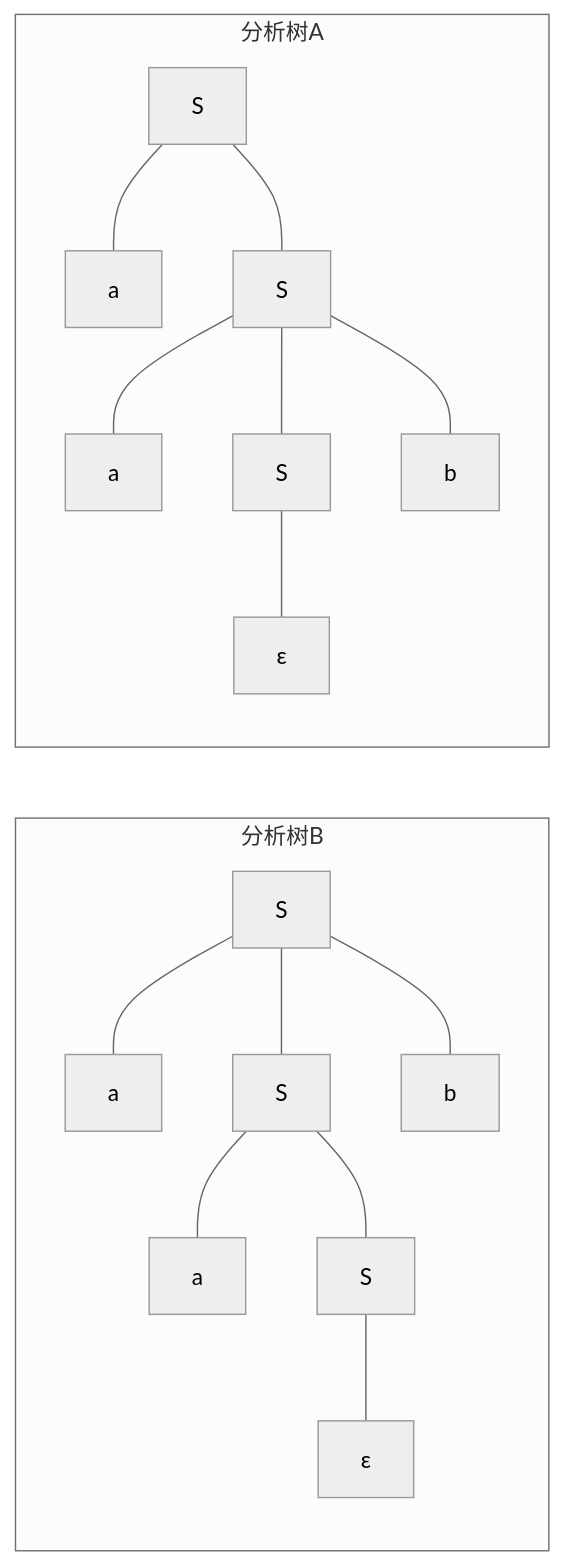
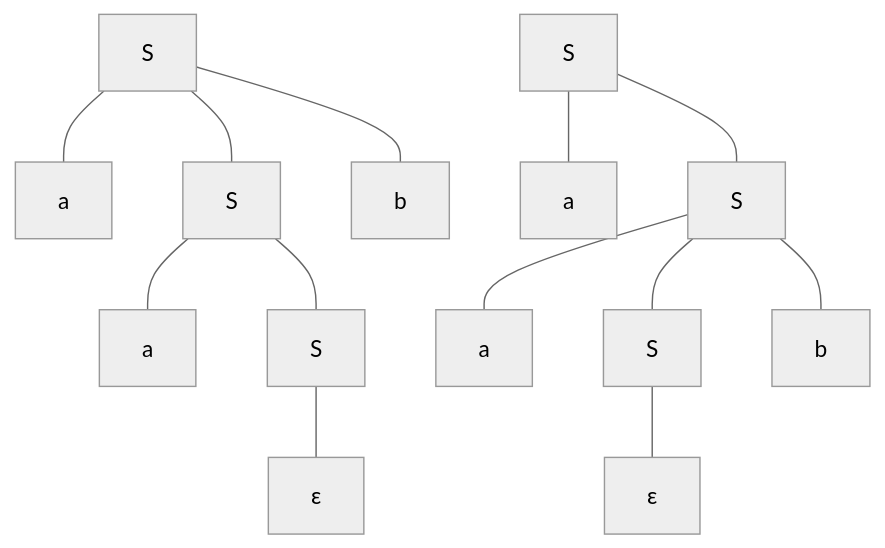
One commit to erennere/erennere.github.io changed the second of 2 diagrams in _posts/2020-05-14-编译原理（四）.md. Above: the diagram before and after it, drawn with Mermaid (neutral theme). The commit also changed other lines of this file and 615 other files, not shown here.

````diff
--- a/_posts/2020-05-14-编译原理（四）.md
+++ b/_posts/2020-05-14-编译原理（四）.md
@@ -100,33 +99,29 @@
 ```mermaid
-flowchart LR
-subgraph 分析树B
+graph TB
 S0---S1
 S0---S2
 S0---S3
 S2---S4
 S2---S5
 S5---S6
+S7---S8
+S7---S9
+S9---Sa
+S9---Sb
+S9---Sc
+Sb---Sd
 S0[S]
 S1[a]
 S2[S]
 S3[b]
 S4[a]
 S5[S]
-S6["#epsilon;"]
-end
-subgraph 分析树A
-S7---S8
-S7---S9
-S9---Sa
-S9---Sb
-S9---Sc
-Sb---Sd
+S6[ε]
 S7[S]
 S8[a]
 S9[S]
 Sa[a]
 Sb[S]
 Sc[b]
-Sd["#epsilon;"]
-end
+Sd[ε]
 ```
````
